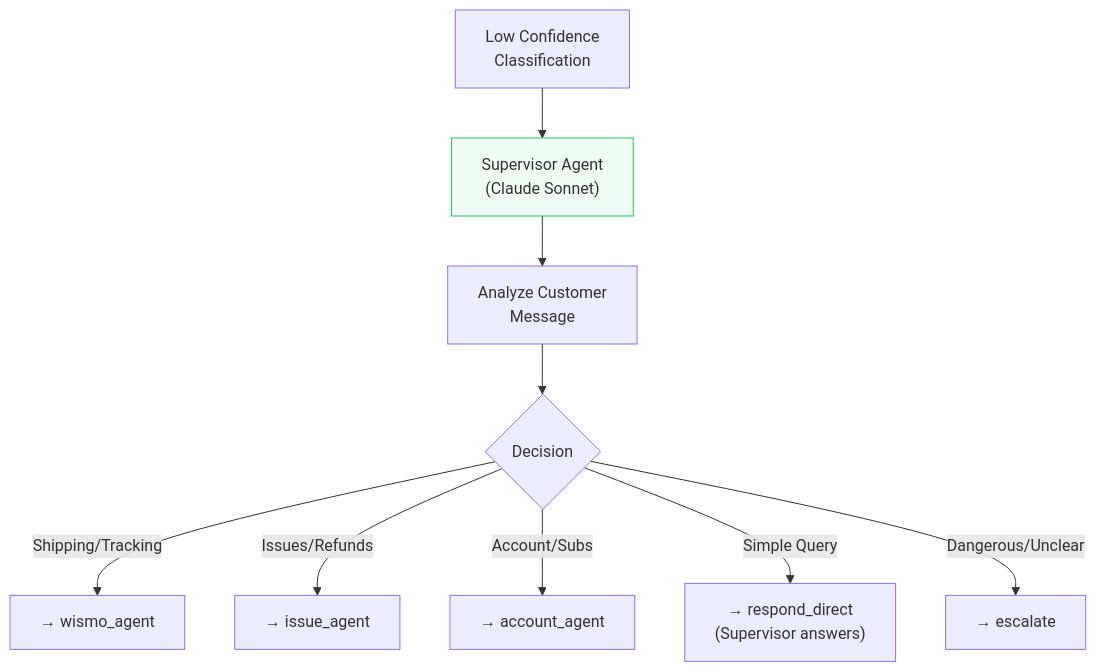
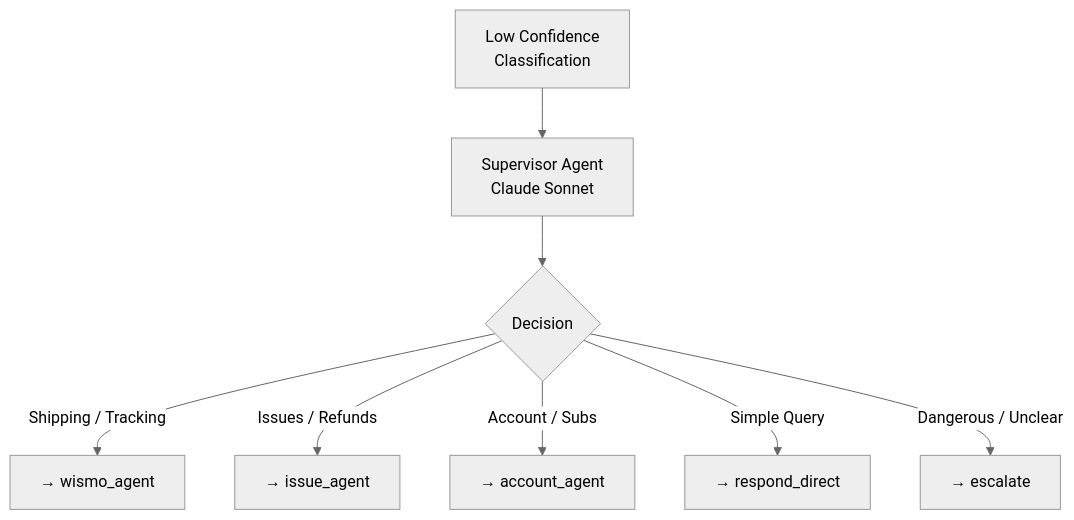
Before and after one commit to EminDurmuSS/lookfor-hackathon: the fourth of 11 diagrams in README.md, drawn with Mermaid. The commit also changed other lines of this file, not shown here.

````diff
--- a/README.md
+++ b/README.md
@@ -255,14 +216,12 @@
 ```mermaid
+%%{init: {'theme': 'neutral'}}%%
 flowchart TD
-    LOW["Low Confidence<br/>Classification"] --> SUP["Supervisor Agent<br/>(Claude Sonnet)"]
-    SUP --> ANALYZE["Analyze Customer<br/>Message"]
-    ANALYZE --> DECIDE{"Decision"}
+    LOW["Low Confidence<br/>Classification"] --> SUP["Supervisor Agent<br/>Claude Sonnet"]
+    SUP --> DECIDE{"Decision"}
 
-    DECIDE -->|"Shipping/Tracking"| WA["→ wismo_agent"]
-    DECIDE -->|"Issues/Refunds"| IA["→ issue_agent"]
-    DECIDE -->|"Account/Subs"| AA["→ account_agent"]
-    DECIDE -->|"Simple Query"| RD["→ respond_direct<br/>(Supervisor answers)"]
-    DECIDE -->|"Dangerous/Unclear"| ESC["→ escalate"]
-
-    style SUP fill:#f0fdf4,stroke:#22c55e
+    DECIDE -->|Shipping / Tracking| WA["→ wismo_agent"]
+    DECIDE -->|Issues / Refunds| IA["→ issue_agent"]
+    DECIDE -->|Account / Subs| AA["→ account_agent"]
+    DECIDE -->|Simple Query| RD["→ respond_direct"]
+    DECIDE -->|Dangerous / Unclear| ESC["→ escalate"]
 ```
````
